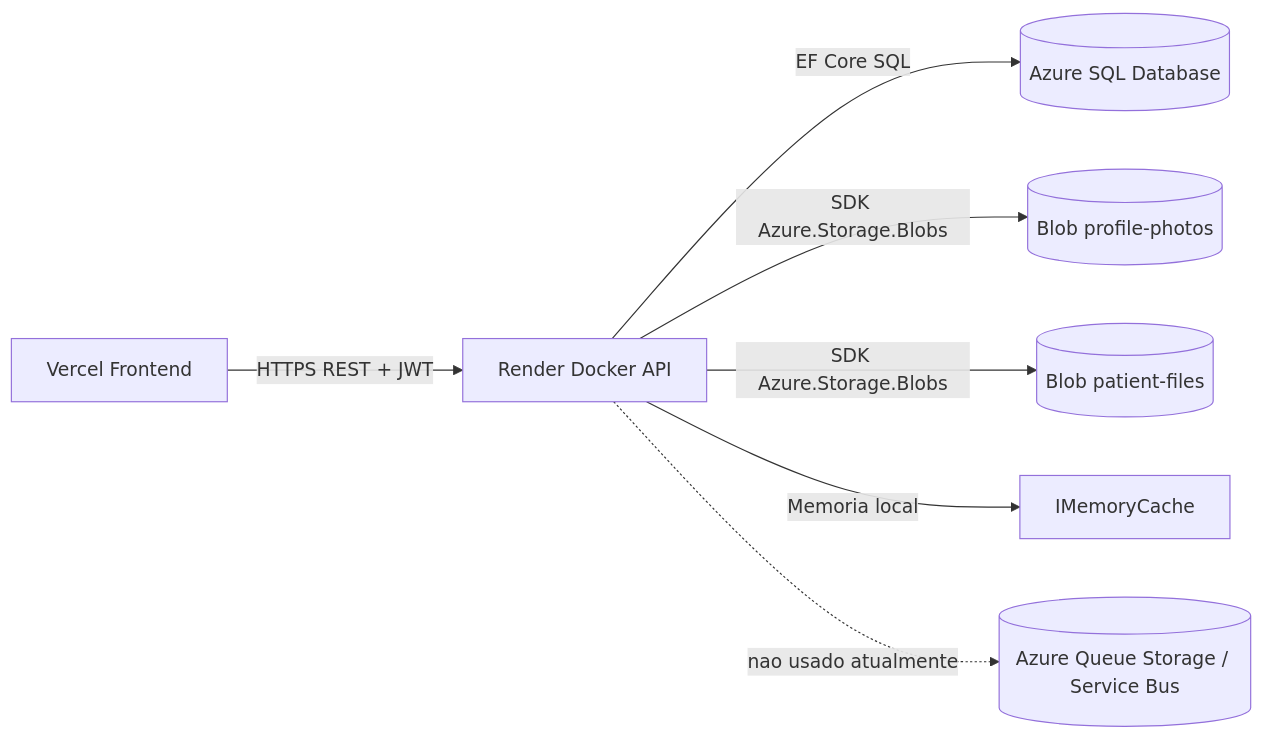
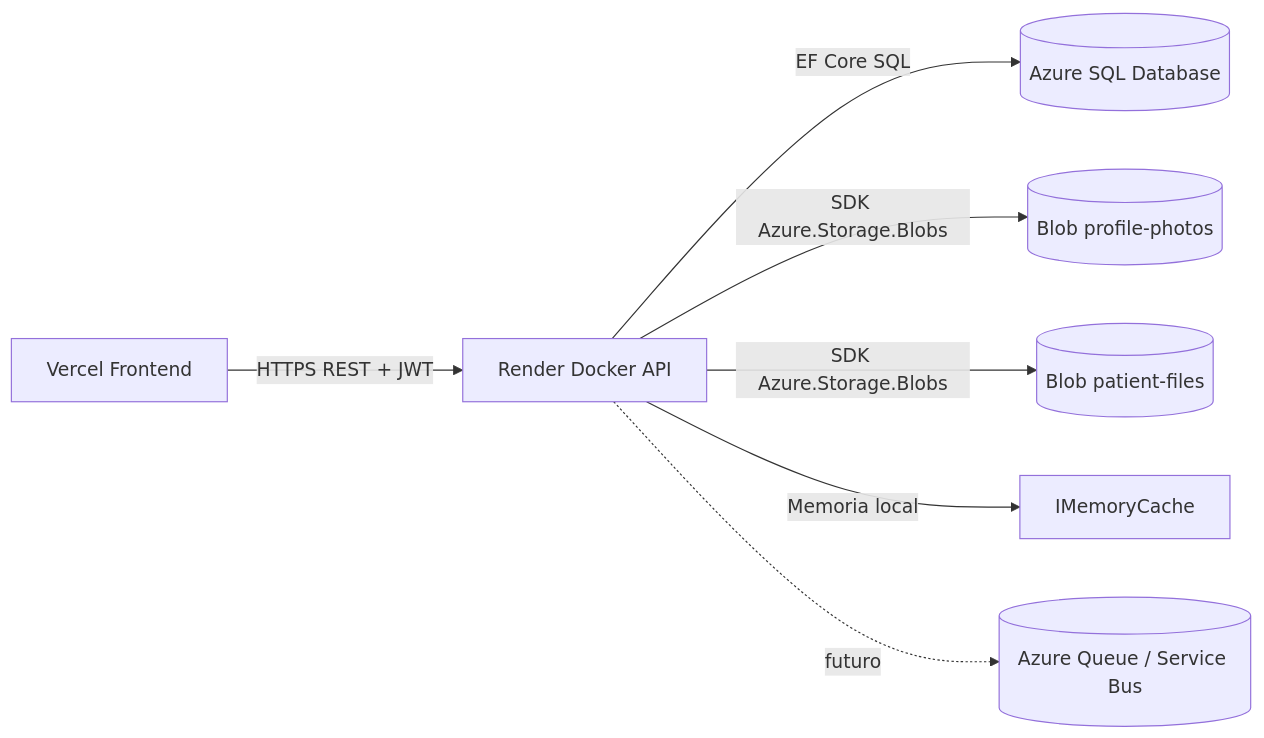
One commit to Hemodinks/hemodinks-api changed the eighth of 8 diagrams in docs/TECHNICAL_DOCUMENTATION.md. Above: the diagram before and after it, drawn with Mermaid. The commit also changed other lines of this file and 11 other files, not shown here.

````diff
--- a/docs/TECHNICAL_DOCUMENTATION.md
+++ b/docs/TECHNICAL_DOCUMENTATION.md
@@ -146,9 +235,9 @@
 ```mermaid
 flowchart LR
     Front[Vercel Frontend] -->|HTTPS REST + JWT| API[Render Docker API]
     API -->|EF Core SQL| AzureSql[(Azure SQL Database)]
     API -->|SDK Azure.Storage.Blobs| Photos[(Blob profile-photos)]
     API -->|SDK Azure.Storage.Blobs| Files[(Blob patient-files)]
     API -->|Memoria local| CbhpmCache[IMemoryCache]
-    API -. nao usado atualmente .-> Queue[(Azure Queue Storage / Service Bus)]
+    API -. futuro .-> Queue[(Azure Queue / Service Bus)]
 ```
````
